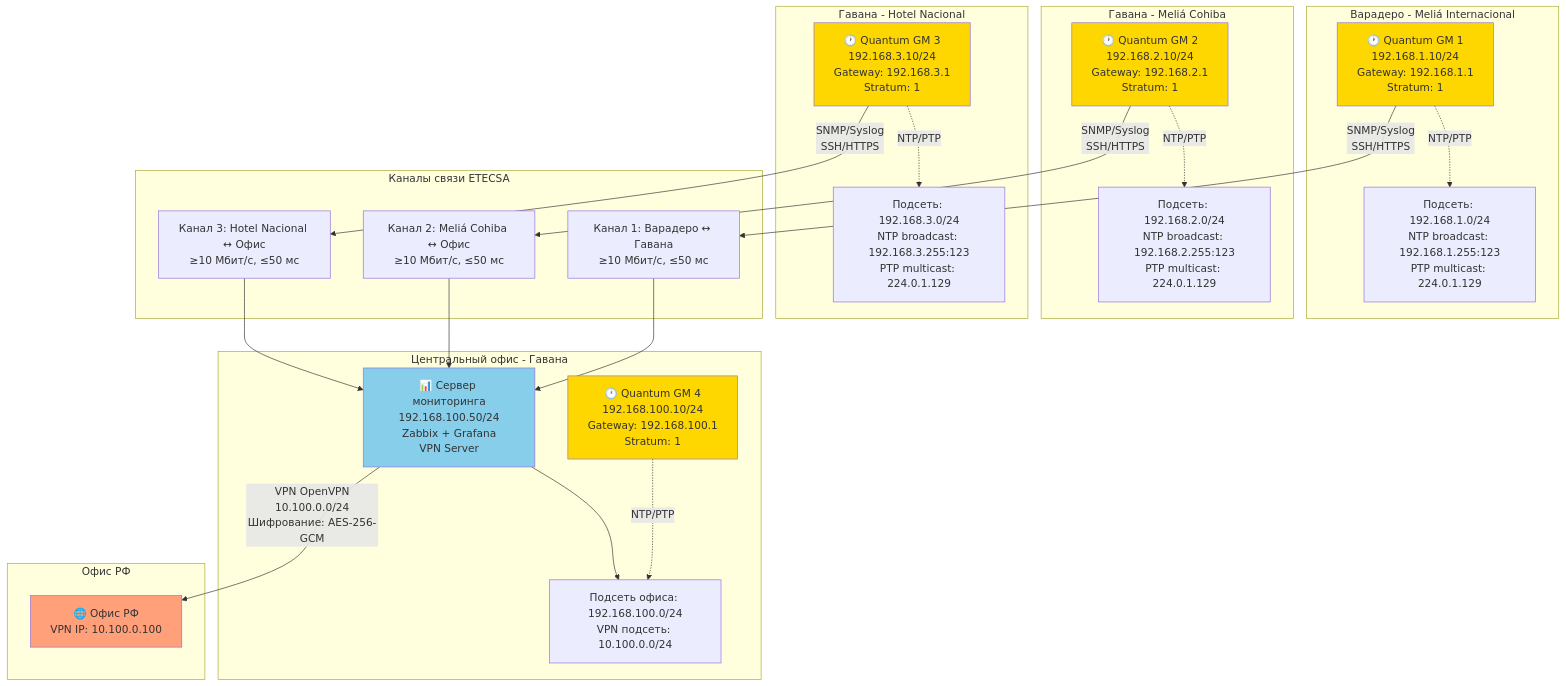
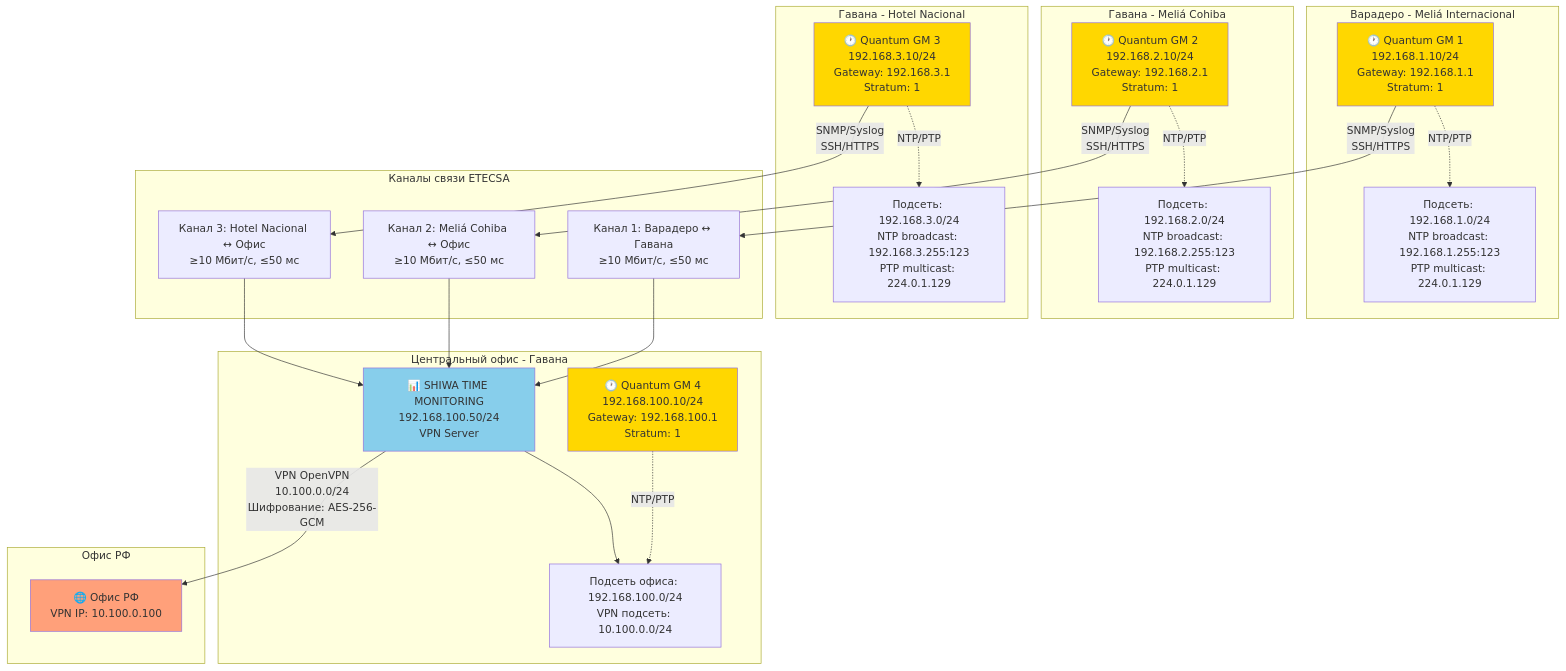
Before and after one commit to SiwaNetwork/BIZNES_HOTEL: the second of 6 diagrams in network_diagrams.md, drawn with Mermaid. The commit also changed other lines of this file and 4 other files, not shown here.

First line of the commit message:
Переименован 'Сервер мониторинга Zabbix + Grafana' в 'SHIWA TIME MONITORING'

````diff
--- a/network_diagrams.md
+++ b/network_diagrams.md
@@ -199,54 +199,54 @@
 ```mermaid
 graph TB
     subgraph "Варадеро - Meliá Internacional"
         GM1["🕐 Quantum GM 1<br/>192.168.1.10/24<br/>Gateway: 192.168.1.1<br/>Stratum: 1"]
         VLAN1["Подсеть: 192.168.1.0/24<br/>NTP broadcast: 192.168.1.255:123<br/>PTP multicast: 224.0.1.129"]
         GM1 -.->|NTP/PTP| VLAN1
     end
     
     subgraph "Гавана - Meliá Cohiba"
         GM2["🕐 Quantum GM 2<br/>192.168.2.10/24<br/>Gateway: 192.168.2.1<br/>Stratum: 1"]
         VLAN2["Подсеть: 192.168.2.0/24<br/>NTP broadcast: 192.168.2.255:123<br/>PTP multicast: 224.0.1.129"]
         GM2 -.->|NTP/PTP| VLAN2
     end
     
     subgraph "Гавана - Hotel Nacional"
         GM3["🕐 Quantum GM 3<br/>192.168.3.10/24<br/>Gateway: 192.168.3.1<br/>Stratum: 1"]
         VLAN3["Подсеть: 192.168.3.0/24<br/>NTP broadcast: 192.168.3.255:123<br/>PTP multicast: 224.0.1.129"]
         GM3 -.->|NTP/PTP| VLAN3
     end
     
     subgraph "Центральный офис - Гавана"
         GM4["🕐 Quantum GM 4<br/>192.168.100.10/24<br/>Gateway: 192.168.100.1<br/>Stratum: 1"]
-        MON["📊 Сервер мониторинга<br/>192.168.100.50/24<br/>Zabbix + Grafana<br/>VPN Server"]
+        MON["📊 SHIWA TIME MONITORING<br/>192.168.100.50/24<br/>VPN Server"]
         OFFICE_NET["Подсеть офиса: 192.168.100.0/24<br/>VPN подсеть: 10.100.0.0/24"]
         GM4 -.->|NTP/PTP| OFFICE_NET
         MON --> OFFICE_NET
     end
     
     subgraph "Каналы связи ETECSA"
         WAN1["Канал 1: Варадеро ↔ Гавана<br/>≥10 Мбит/с, ≤50 мс"]
         WAN2["Канал 2: Meliá Cohiba ↔ Офис<br/>≥10 Мбит/с, ≤50 мс"]
         WAN3["Канал 3: Hotel Nacional ↔ Офис<br/>≥10 Мбит/с, ≤50 мс"]
     end
     
     GM1 -->|SNMP/Syslog<br/>SSH/HTTPS| WAN1
     GM2 -->|SNMP/Syslog<br/>SSH/HTTPS| WAN2
     GM3 -->|SNMP/Syslog<br/>SSH/HTTPS| WAN3
     WAN1 --> MON
     WAN2 --> MON
     WAN3 --> MON
     
     subgraph "Офис РФ"
         RF["🌐 Офис РФ<br/>VPN IP: 10.100.0.100"]
     end
     
     MON -->|"VPN OpenVPN<br/>10.100.0.0/24<br/>Шифрование: AES-256-GCM"| RF
 
     style GM1 fill:#FFD700
     style GM2 fill:#FFD700
     style GM3 fill:#FFD700
     style GM4 fill:#FFD700
     style MON fill:#87CEEB
     style RF fill:#FFA07A
 ```
````
